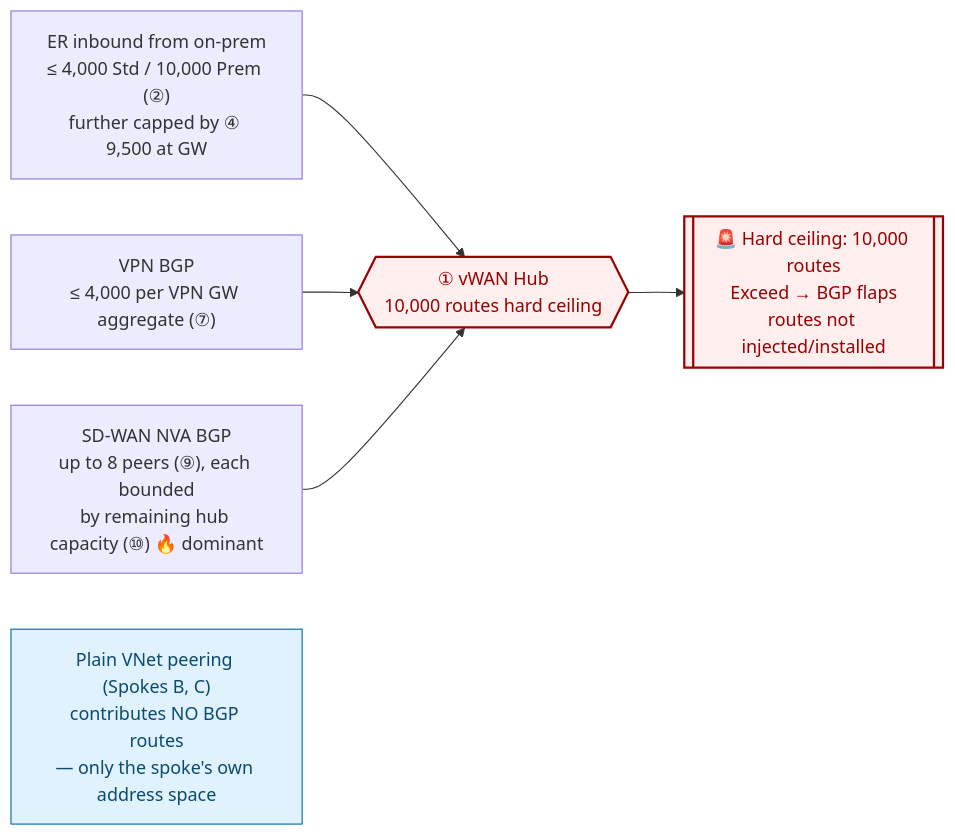
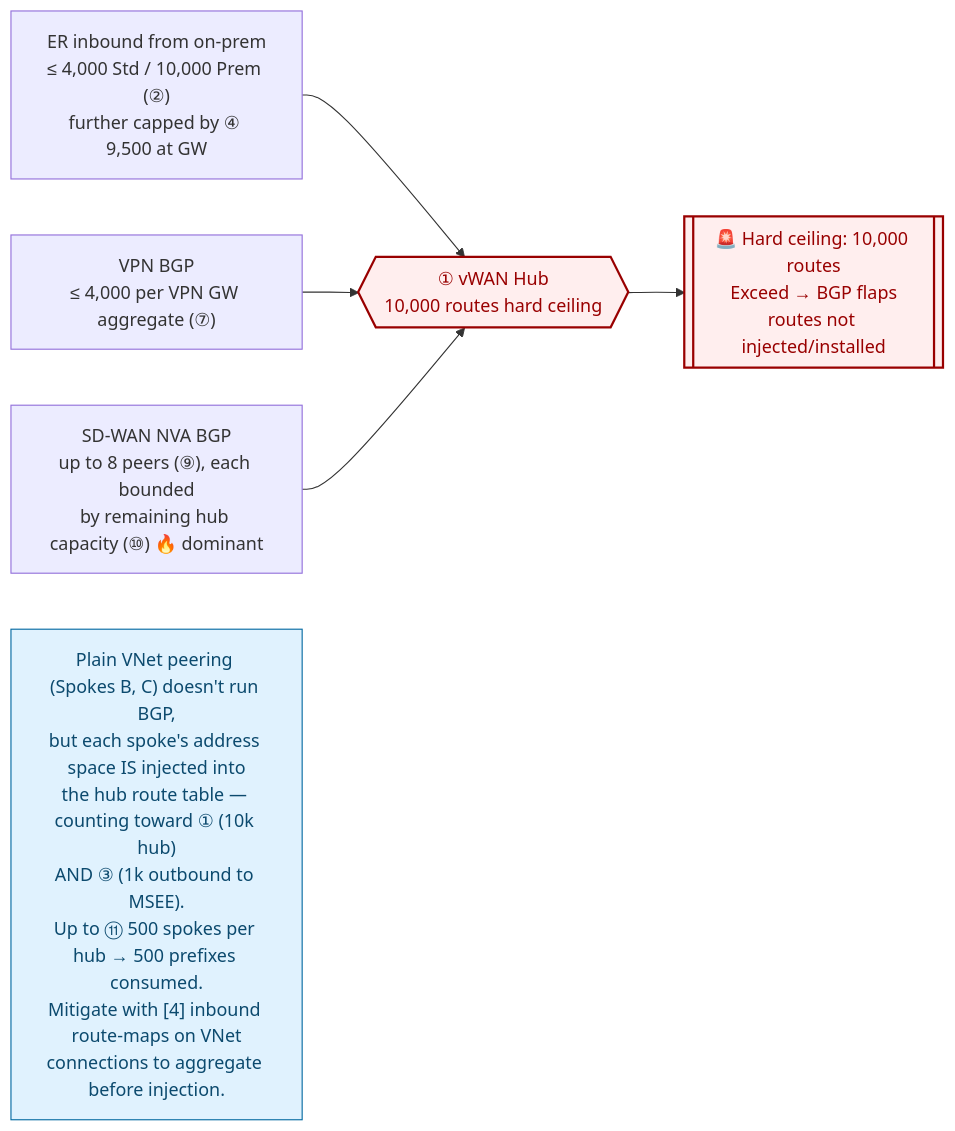
Before and after one commit to adtork/vwan-routing-limits: the second of 3 diagrams in README.md, drawn with Mermaid. The commit also changed other lines of this file, not shown here.

Commit message:
Clarify: spoke VNet address spaces consume ER GW outbound (1k) slots; up to 500 spokes per hub; mitigate with inbound route-maps on VNet connections

````diff
--- a/README.md
+++ b/README.md
@@ -95,15 +95,15 @@
 ```mermaid
 flowchart LR
     A["ER inbound from on-prem<br/>≤ 4,000 Std / 10,000 Prem (②)<br/>further capped by ④ 9,500 at GW"] --> H{{"① vWAN Hub<br/>10,000 routes hard ceiling"}}
     B["VPN BGP<br/>≤ 4,000 per VPN GW aggregate (⑦)"] --> H
     C["SD-WAN NVA BGP<br/>up to 8 peers (⑨), each bounded<br/>by remaining hub capacity (⑩) 🔥 dominant"] --> H
 
     H --> X[["🚨 Hard ceiling: 10,000 routes<br/>Exceed → BGP flaps<br/>routes not injected/installed"]]
 
-    note["Plain VNet peering (Spokes B, C)<br/>contributes NO BGP routes<br/>— only the spoke's own address space"]
+    note["Plain VNet peering (Spokes B, C) doesn't run BGP,<br/>but each spoke's address space IS injected into<br/>the hub route table — counting toward ① (10k hub)<br/>AND ③ (1k outbound to MSEE).<br/>Up to ⑪ 500 spokes per hub → 500 prefixes consumed.<br/>Mitigate with [4] inbound route-maps on VNet<br/>connections to aggregate before injection."]
 
     classDef danger fill:#fee,stroke:#900,stroke-width:2px,color:#900
     classDef info fill:#e0f2fe,stroke:#0369a1,color:#0c4a6e
     class X,H danger
     class note info
 ```
````
